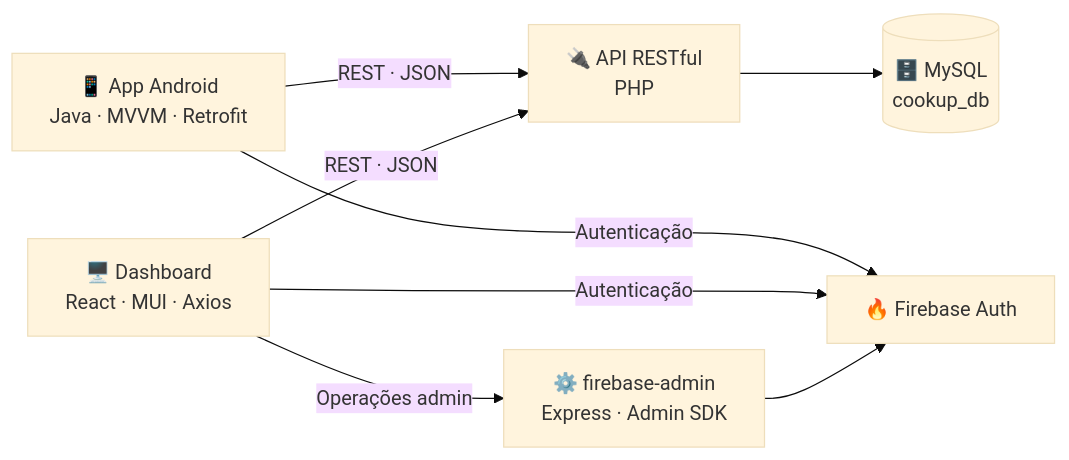
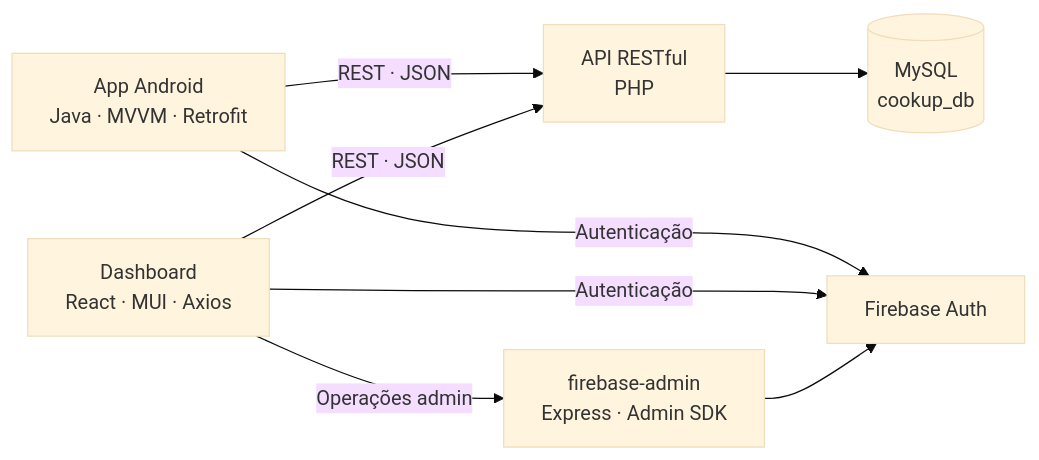
Before and after one commit to Diogo1306/CookUp: the diagram in README.md, drawn with Mermaid (base theme). The commit also changed other lines of this file, not shown here.

````diff
--- a/README.md
+++ b/README.md
@@ -47,10 +47,10 @@
 ```mermaid
 flowchart LR
-    APP["📱 App Android<br/>Java · MVVM · Retrofit"] -->|REST · JSON| API["🔌 API RESTful<br/>PHP"]
-    DASH["🖥️ Dashboard<br/>React · MUI · Axios"] -->|REST · JSON| API
-    API --> BD[("🗄️ MySQL<br/>cookup_db")]
-    APP -->|Autenticação| FB["🔥 Firebase Auth"]
+    APP["App Android<br/>Java · MVVM · Retrofit"] -->|REST · JSON| API["API RESTful<br/>PHP"]
+    DASH["Dashboard<br/>React · MUI · Axios"] -->|REST · JSON| API
+    API --> BD[("MySQL<br/>cookup_db")]
+    APP -->|Autenticação| FB["Firebase Auth"]
     DASH -->|Autenticação| FB
-    DASH -->|Operações admin| FADM["⚙️ firebase-admin<br/>Express · Admin SDK"]
+    DASH -->|Operações admin| FADM["firebase-admin<br/>Express · Admin SDK"]
     FADM --> FB
 ```
````
